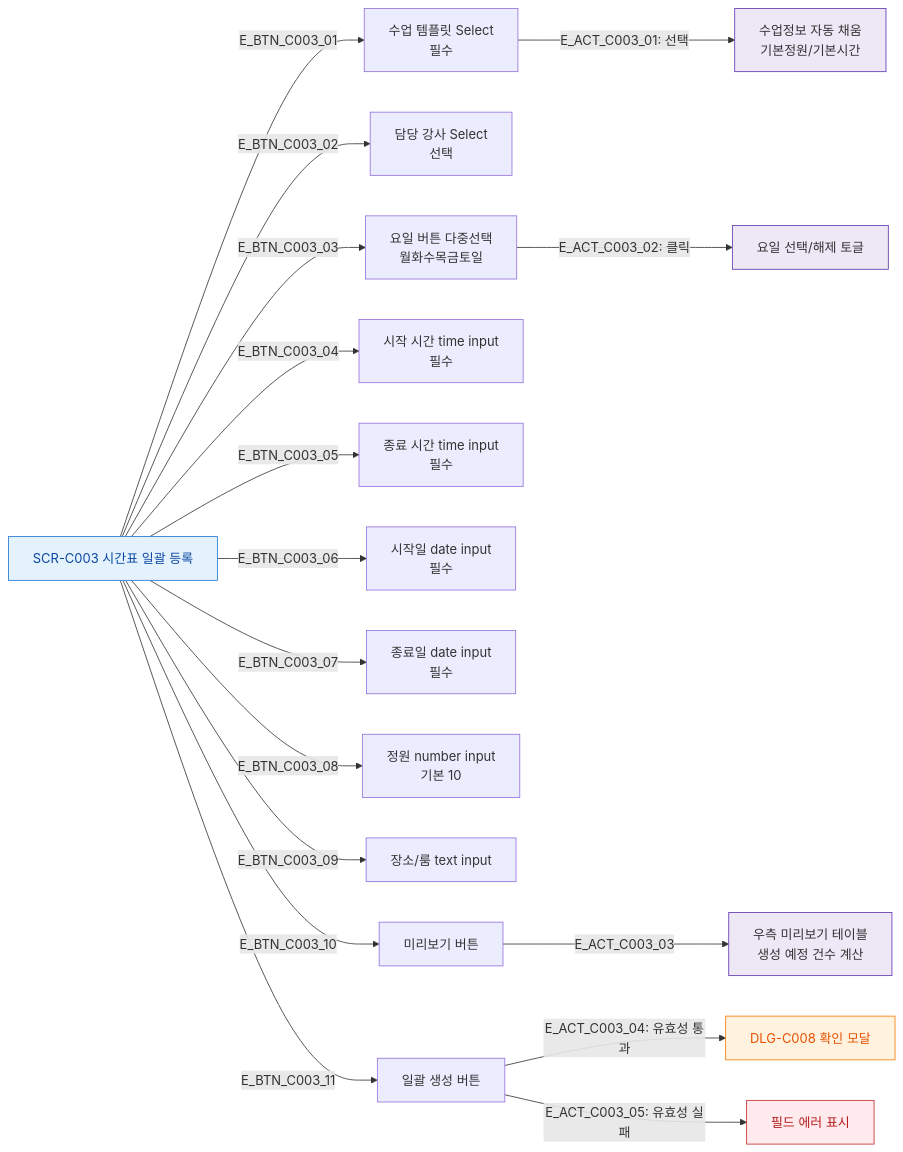
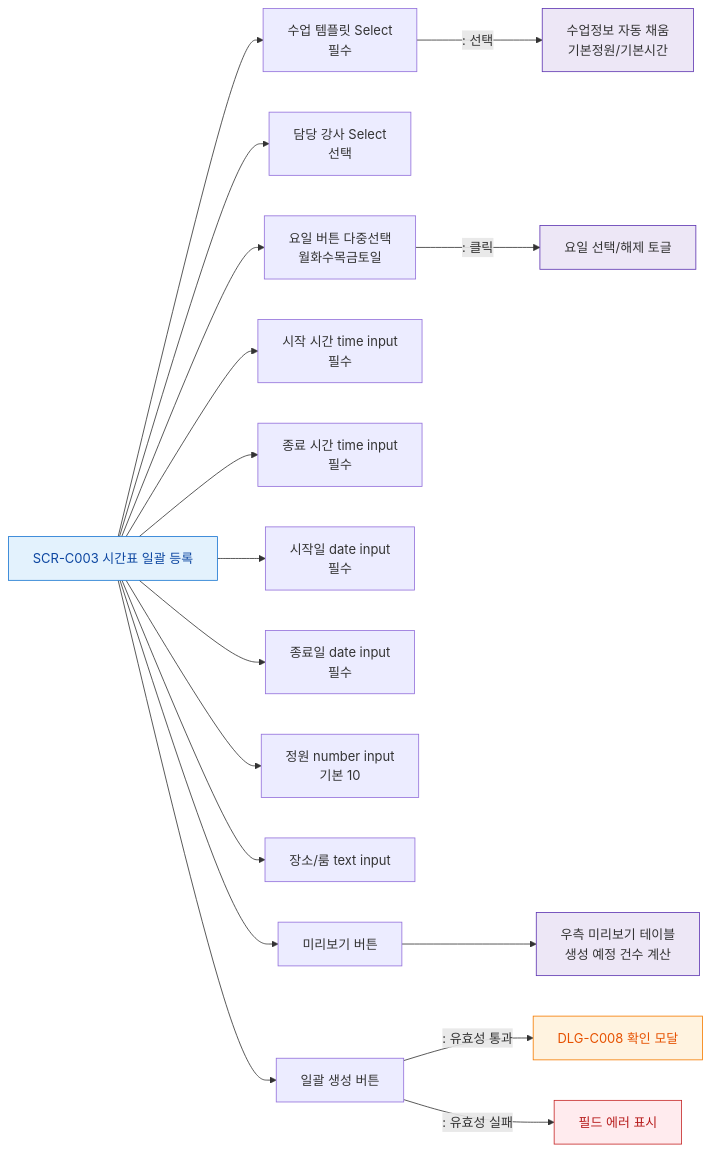
One commit to dev-spogym/admin-pando changed the diagram in docs/다이어그램/D04_수업관리/SCR-C003_시간표일괄등록/F3_버튼액션.md. Above: the diagram before and after it, drawn with Mermaid. The commit also changed other lines of this file and 1660 other files, not shown here.

First line of the commit message:
다이어그램: 기획자/클라이언트 납품본으로 정리

````diff
--- a/docs/다이어그램/D04_수업관리/SCR-C003_시간표일괄등록/F3_버튼액션.md
+++ b/docs/다이어그램/D04_수업관리/SCR-C003_시간표일괄등록/F3_버튼액션.md
@@ -20,31 +18,31 @@
 ```mermaid
 flowchart LR
   SCR_C003[SCR-C003 시간표 일괄 등록]
 
-  SCR_C003 -->|E_BTN_C003_01| BTN_TEMPLATE[수업 템플릿 Select\n필수]
-  SCR_C003 -->|E_BTN_C003_02| BTN_STAFF[담당 강사 Select\n선택]
-  SCR_C003 -->|E_BTN_C003_03| BTN_DAY[요일 버튼 다중선택\n월화수목금토일]
-  SCR_C003 -->|E_BTN_C003_04| BTN_START_TIME[시작 시간 time input\n필수]
-  SCR_C003 -->|E_BTN_C003_05| BTN_END_TIME[종료 시간 time input\n필수]
-  SCR_C003 -->|E_BTN_C003_06| BTN_START_DATE[시작일 date input\n필수]
-  SCR_C003 -->|E_BTN_C003_07| BTN_END_DATE[종료일 date input\n필수]
-  SCR_C003 -->|E_BTN_C003_08| BTN_CAPACITY[정원 number input\n기본 10]
-  SCR_C003 -->|E_BTN_C003_09| BTN_ROOM[장소/룸 text input]
-  SCR_C003 -->|E_BTN_C003_10| BTN_PREVIEW[미리보기 버튼]
-  SCR_C003 -->|E_BTN_C003_11| BTN_CREATE[일괄 생성 버튼]
+  SCR_C003 --> BTN_TEMPLATE[수업 템플릿 Select\n필수]
+  SCR_C003 --> BTN_STAFF[담당 강사 Select\n선택]
+  SCR_C003 --> BTN_DAY[요일 버튼 다중선택\n월화수목금토일]
+  SCR_C003 --> BTN_START_TIME[시작 시간 time input\n필수]
+  SCR_C003 --> BTN_END_TIME[종료 시간 time input\n필수]
+  SCR_C003 --> BTN_START_DATE[시작일 date input\n필수]
+  SCR_C003 --> BTN_END_DATE[종료일 date input\n필수]
+  SCR_C003 --> BTN_CAPACITY[정원 number input\n기본 10]
+  SCR_C003 --> BTN_ROOM[장소/룸 text input]
+  SCR_C003 --> BTN_PREVIEW[미리보기 버튼]
+  SCR_C003 --> BTN_CREATE[일괄 생성 버튼]
 
-  BTN_TEMPLATE -->|"E_ACT_C003_01: 선택"| TemplateApply[수업정보 자동 채움\n기본정원/기본시간]
-  BTN_DAY -->|"E_ACT_C003_02: 클릭"| DayToggle[요일 선택/해제 토글]
-  BTN_PREVIEW -->|E_ACT_C003_03| ShowPreview[우측 미리보기 테이블\n생성 예정 건수 계산]
-  BTN_CREATE -->|"E_ACT_C003_04: 유효성 통과"| DLG_C008[DLG-C008 확인 모달]
-  BTN_CREATE -->|"E_ACT_C003_05: 유효성 실패"| FieldErr[필드 에러 표시]
+  BTN_TEMPLATE -->|": 선택"|TemplateApply[수업정보 자동 채움\n기본정원/기본시간]
+  BTN_DAY -->|": 클릭"|DayToggle[요일 선택/해제 토글]
+  BTN_PREVIEW --> ShowPreview[우측 미리보기 테이블\n생성 예정 건수 계산]
+  BTN_CREATE -->|": 유효성 통과"|DLG_C008[DLG-C008 확인 모달]
+  BTN_CREATE -->|": 유효성 실패"|FieldErr[필드 에러 표시]
 
   classDef screen fill:#E3F2FD,stroke:#1976D2,color:#0D47A1
   classDef modal fill:#FFF3E0,stroke:#F57C00,color:#E65100
   classDef system fill:#EDE7F6,stroke:#5E35B2
   classDef error fill:#FFEBEE,stroke:#C62828,color:#B71C1C
   class SCR_C003 screen
   class DLG_C008 modal
   class TemplateApply,DayToggle,ShowPreview system
   class FieldErr error
 ```
````
